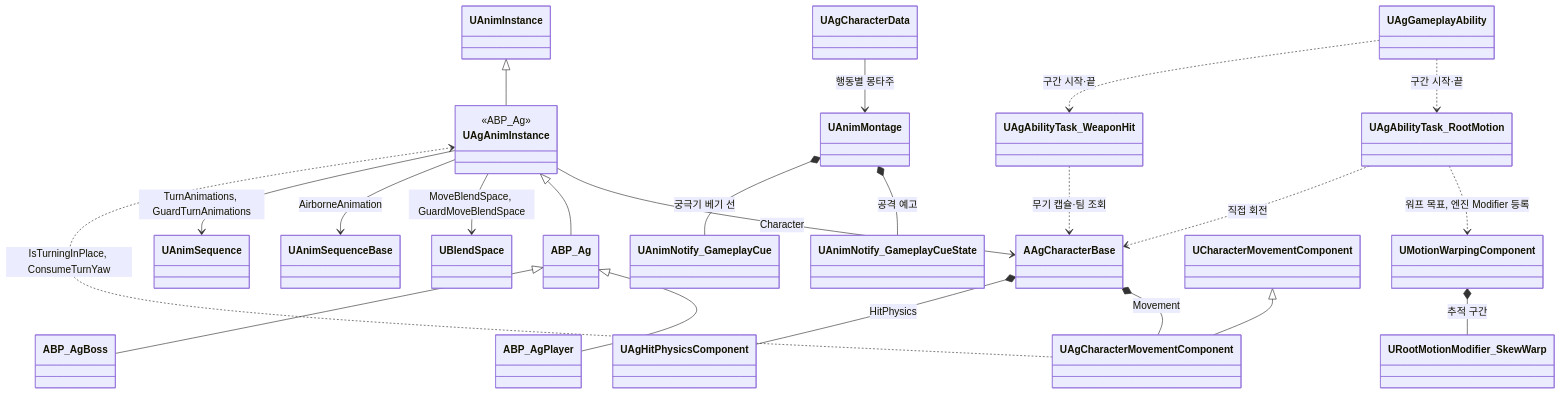
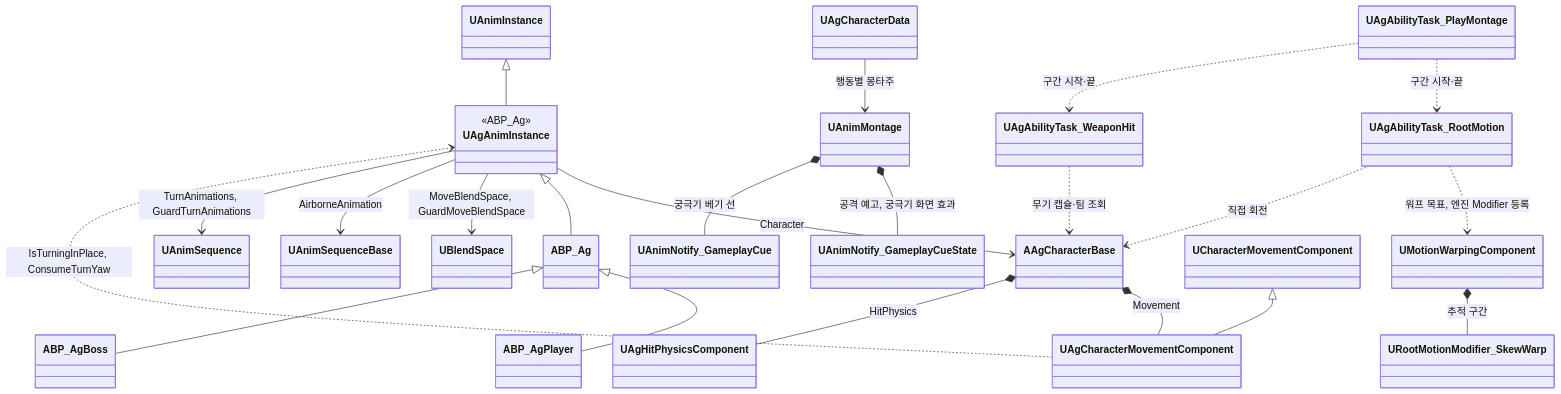
The diagram in Docs/Program/애니메이션과 이동.md (Woogl/Ag), drawn with Mermaid before and after one commit. The commit also changed other lines of this file and 43 other files, not shown here.

````diff
--- a/Docs/Program/애니메이션과 이동.md
+++ b/Docs/Program/애니메이션과 이동.md
@@ -58,29 +57,29 @@
 ```mermaid
 classDiagram
     direction TB
     class UAgAnimInstance {
         <<ABP_Ag>>
     }
     UAnimInstance <|-- UAgAnimInstance
     UAgAnimInstance --> AAgCharacterBase : Character
     UAgAnimInstance <|-- ABP_Ag
     ABP_Ag <|-- ABP_AgPlayer
     ABP_Ag <|-- ABP_AgBoss
     UAgAnimInstance --> UBlendSpace : MoveBlendSpace, GuardMoveBlendSpace
     UAgAnimInstance --> UAnimSequenceBase : AirborneAnimation
     UAgAnimInstance --> UAnimSequence : TurnAnimations, GuardTurnAnimations
     UAgCharacterMovementComponent ..> UAgAnimInstance : IsTurningInPlace, ConsumeTurnYaw
 
-    UAnimMontage *-- UAnimNotify_GameplayCueState : 공격 예고
+    UAnimMontage *-- UAnimNotify_GameplayCueState : 공격 예고, 궁극기 화면 효과
     UAnimMontage *-- UAnimNotify_GameplayCue : 궁극기 베기 선
     UAgCharacterData --> UAnimMontage : 행동별 몽타주
     UMotionWarpingComponent *-- URootMotionModifier_SkewWarp : 추적 구간
     UAgAbilityTask_RootMotion ..> UMotionWarpingComponent : 워프 목표, 엔진 Modifier 등록
     UAgAbilityTask_RootMotion ..> AAgCharacterBase : 직접 회전
-    UAgGameplayAbility ..> UAgAbilityTask_RootMotion : 구간 시작·끝
-    UAgGameplayAbility ..> UAgAbilityTask_WeaponHit : 구간 시작·끝
+    UAgAbilityTask_PlayMontage ..> UAgAbilityTask_RootMotion : 구간 시작·끝
+    UAgAbilityTask_PlayMontage ..> UAgAbilityTask_WeaponHit : 구간 시작·끝
     UAgAbilityTask_WeaponHit ..> AAgCharacterBase : 무기 캡슐·팀 조회
     AAgCharacterBase *-- UAgCharacterMovementComponent : Movement
     UCharacterMovementComponent <|-- UAgCharacterMovementComponent
     AAgCharacterBase *-- UAgHitPhysicsComponent : HitPhysics
 ```
````
